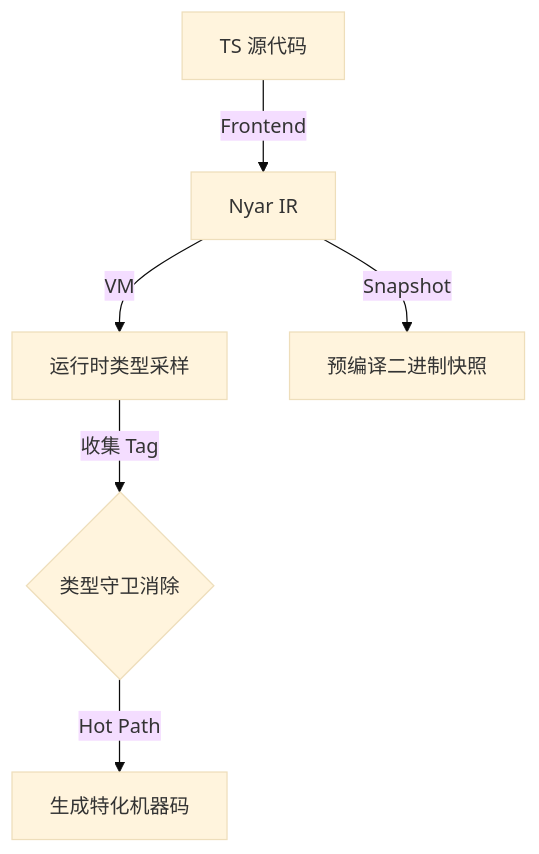
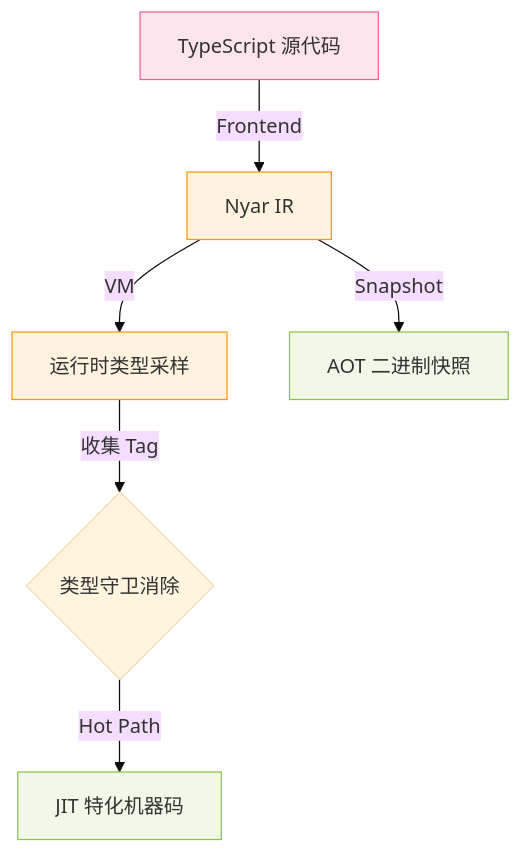
One commit to nyar-vm/nyar-vm changed the third of 6 diagrams in readme.md. Above: the diagram before and after it, drawn with Mermaid (base theme). The commit also changed other lines of this file and 2 other files, not shown here.

First line of the commit message:
refactor(nyar-gc): 使用 SendPtr 包装全局根指针以增强线程安全性

````diff
--- a/readme.md
+++ b/readme.md
@@ -71,8 +81,12 @@
 ```mermaid
 graph TD
-    TS_Src[TS 源代码] -->|Frontend| IR[Nyar IR]
-    IR -->|VM| Profile[运行时类型采样]
-    Profile -->|收集 Tag| Guard{类型守卫消除}
-    Guard -->|Hot Path| JIT[生成特化机器码]
-    IR -->|Snapshot| AOT_Snap[预编译二进制快照]
+    classDef source fill:#fce4ec,stroke:#f06292;
+    classDef process fill:#fff3e0,stroke:#ff9800;
+    classDef hot fill:#f1f8e9,stroke:#8bc34a;
+
+    TS_Src["TypeScript 源代码"]:::source -->|Frontend| IR["Nyar IR"]:::process
+    IR -->|VM| Profile["运行时类型采样"]:::process
+    Profile -->|收集 Tag| Guard{"类型守卫消除"}
+    Guard -->|Hot Path| JIT["JIT 特化机器码"]:::hot
+    IR -->|Snapshot| AOT_Snap["AOT 二进制快照"]:::hot
 ```
````
